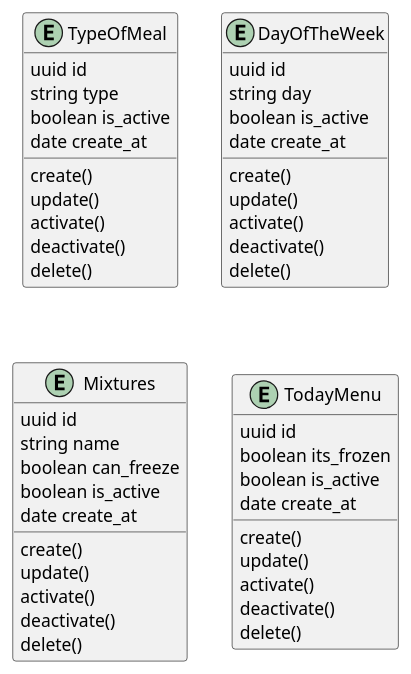
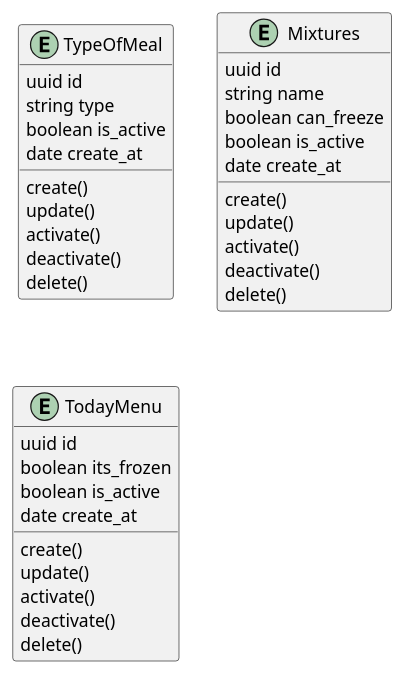
The diagram in uml/class-diagram.wsd (LucianTavares/nutri-menu-app), drawn with PlantUML before and after one commit. The commit also changed 13 other files, not shown here.

Commit message:
refactor: :zap: Ajusta o Day Of The Week, para ser um Value-Object.

```diff
--- a/uml/class-diagram.wsd
+++ b/uml/class-diagram.wsd
@@ -1,56 +1,43 @@
 @startuml
 
 entity TypeOfMeal
 
 TypeOfMeal : uuid id
 TypeOfMeal : string type
 TypeOfMeal : boolean is_active
 TypeOfMeal : date create_at
 
 TypeOfMeal : create()
 TypeOfMeal : update()
 TypeOfMeal : activate()
 TypeOfMeal : deactivate()
 TypeOfMeal : delete()
-
-entity DayOfTheWeek
-
-DayOfTheWeek : uuid id
-DayOfTheWeek : string day
-DayOfTheWeek : boolean is_active
-DayOfTheWeek : date create_at
-
-DayOfTheWeek : create()
-DayOfTheWeek : update()
-DayOfTheWeek : activate()
-DayOfTheWeek : deactivate()
-DayOfTheWeek : delete()
 
 entity Mixtures
 
 Mixtures : uuid id
 Mixtures : string name
 Mixtures : boolean can_freeze
 Mixtures : boolean is_active
 Mixtures : date create_at
 
 Mixtures : create()
 Mixtures : update()
 Mixtures : activate()
 Mixtures : deactivate()
 Mixtures : delete()
 
 entity TodayMenu
 
 TodayMenu : uuid id
 TodayMenu : boolean its_frozen
 TodayMenu : boolean is_active
 TodayMenu : date create_at
 
 TodayMenu : create()
 TodayMenu : update()
 TodayMenu : activate()
 TodayMenu : deactivate()
 TodayMenu : delete()
 
 @enduml
```
